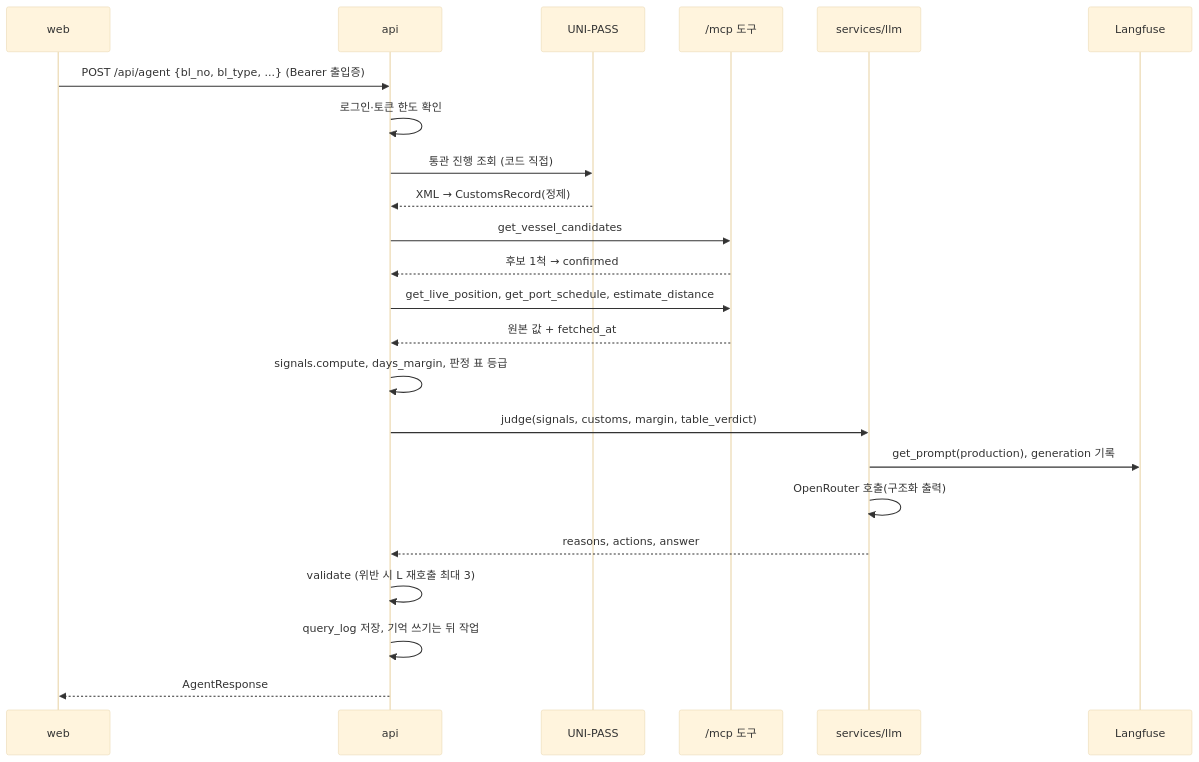
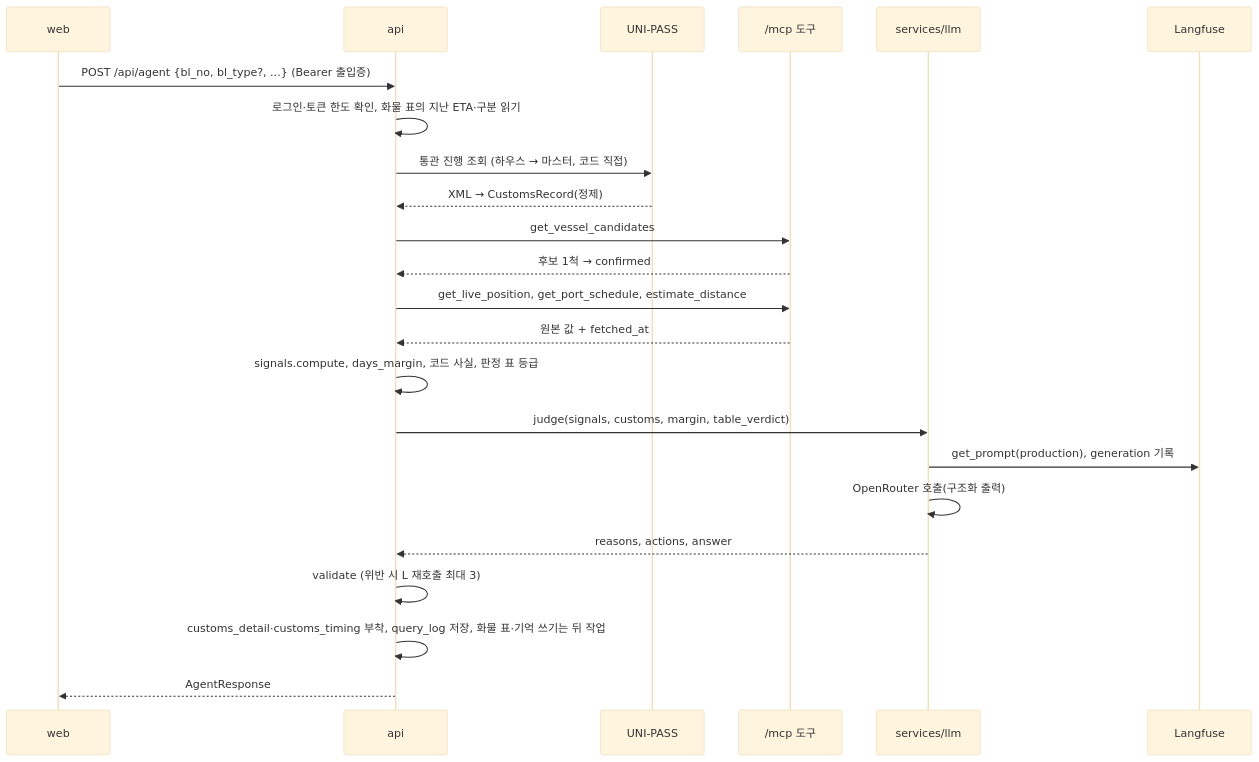
Before and after one commit to seungwook-kim/marvia: the fourth of 4 diagrams in docs/Marvia_SDD.md, drawn with Mermaid (base theme). The commit also changed other lines of this file and 1 other file, not shown here.

````diff
--- a/docs/Marvia_SDD.md
+++ b/docs/Marvia_SDD.md
@@ -527,25 +643,25 @@
 ```mermaid
 sequenceDiagram
   participant W as web
   participant A as api
   participant UP as UNI-PASS
   participant M as /mcp 도구
   participant L as services/llm
   participant LF as Langfuse
-  W->>A: POST /api/agent {bl_no, bl_type, ...} (Bearer 출입증)
-  A->>A: 로그인·토큰 한도 확인
-  A->>UP: 통관 진행 조회 (코드 직접)
+  W->>A: POST /api/agent {bl_no, bl_type?, ...} (Bearer 출입증)
+  A->>A: 로그인·토큰 한도 확인, 화물 표의 지난 ETA·구분 읽기
+  A->>UP: 통관 진행 조회 (하우스 → 마스터, 코드 직접)
   UP-->>A: XML → CustomsRecord(정제)
   A->>M: get_vessel_candidates
   M-->>A: 후보 1척 → confirmed
   A->>M: get_live_position, get_port_schedule, estimate_distance
   M-->>A: 원본 값 + fetched_at
-  A->>A: signals.compute, days_margin, 판정 표 등급
+  A->>A: signals.compute, days_margin, 코드 사실, 판정 표 등급
   A->>L: judge(signals, customs, margin, table_verdict)
   L->>LF: get_prompt(production), generation 기록
   L->>L: OpenRouter 호출(구조화 출력)
   L-->>A: reasons, actions, answer
   A->>A: validate (위반 시 L 재호출 최대 3)
-  A->>A: query_log 저장, 기억 쓰기는 뒤 작업
+  A->>A: customs_detail·customs_timing 부착, query_log 저장, 화물 표·기억 쓰기는 뒤 작업
   A-->>W: AgentResponse
 ```
````
